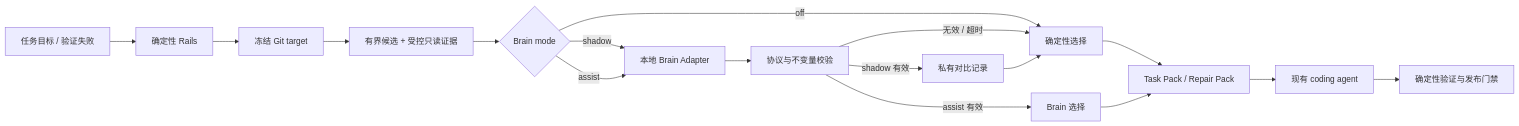
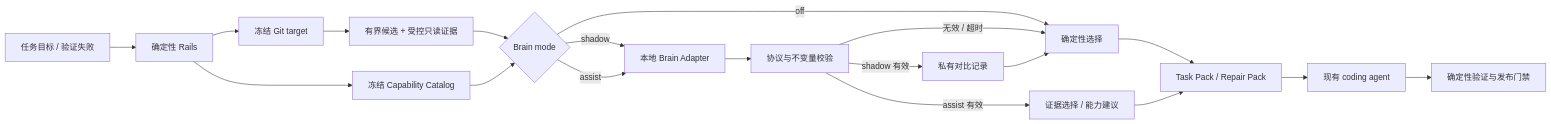
The diagram in docs/local-brain-design.zh-CN.md (948462448/agent-rails), drawn with Mermaid before and after one commit. The commit also changed other lines of this file and 3 other files, not shown here.

Commit message:
docs: make local brain capability aware

````diff
--- a/docs/local-brain-design.zh-CN.md
+++ b/docs/local-brain-design.zh-CN.md
@@ -43,19 +46,21 @@
 ```mermaid
 flowchart LR
     Goal["任务目标 / 验证失败"] --> Rails["确定性 Rails"]
     Rails --> Snapshot["冻结 Git target"]
+    Rails --> Catalog["冻结 Capability Catalog"]
     Snapshot --> Candidates["有界候选 + 受控只读证据"]
     Candidates --> Mode{"Brain mode"}
+    Catalog --> Mode
     Mode -->|off| Deterministic["确定性选择"]
     Mode -->|shadow| Brain["本地 Brain Adapter"]
     Mode -->|assist| Brain
     Brain --> Validate["协议与不变量校验"]
     Validate -->|无效 / 超时| Deterministic
     Validate -->|shadow 有效| Trace["私有对比记录"]
     Trace --> Deterministic
-    Validate -->|assist 有效| Selected["Brain 选择"]
+    Validate -->|assist 有效| Selected["证据选择 / 能力建议"]
     Deterministic --> Pack["Task Pack / Repair Pack"]
     Selected --> Pack
     Pack --> Agent["现有 coding agent"]
     Agent --> Verify["确定性验证与发布门禁"]
 ```
````
